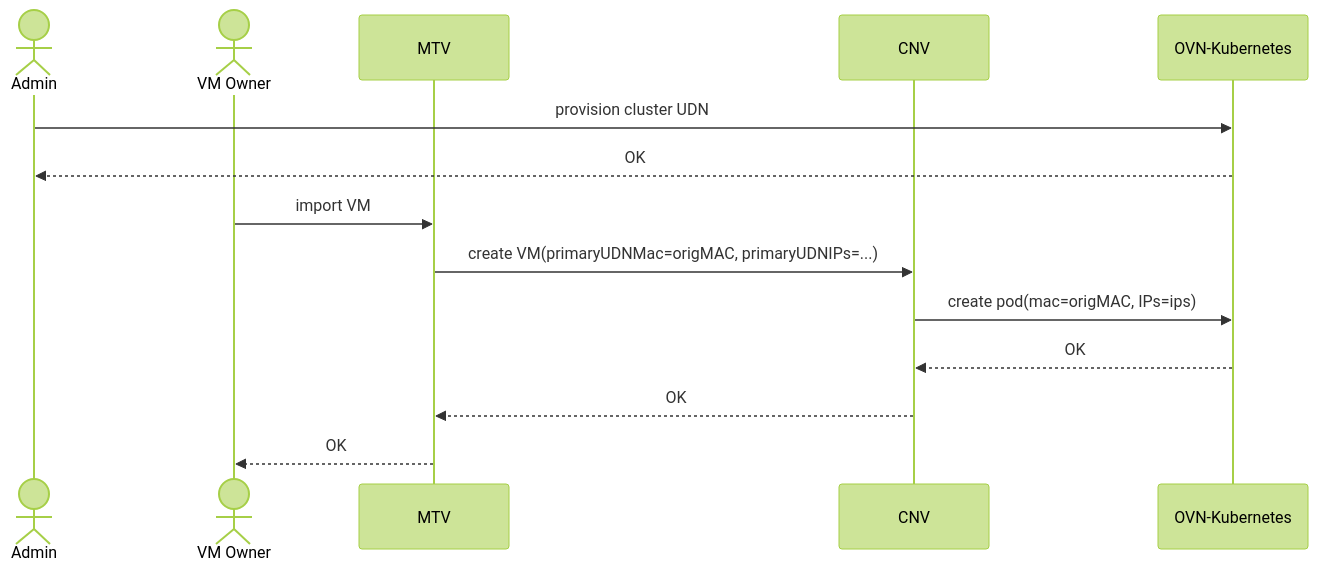
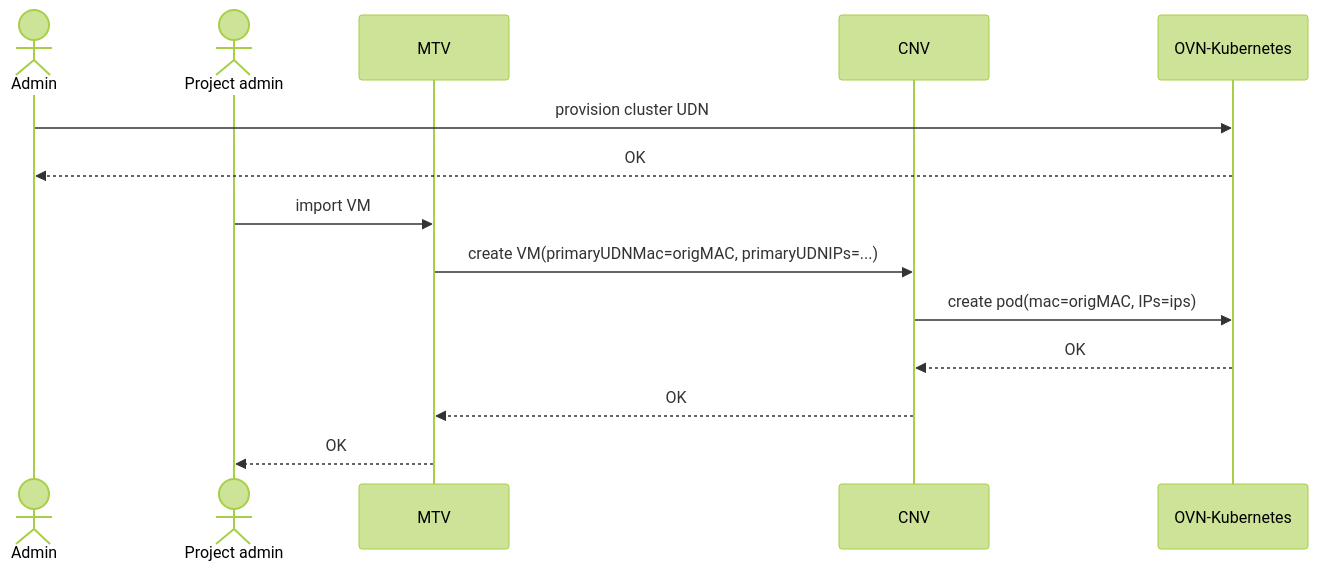
The first of 3 diagrams in enhancements/network/routed-ingress-support-for-primary-udn-attached-vms-with-static-ips.md (openshift/enhancements), drawn with Mermaid (forest theme) before and after one commit. The commit also changed other lines of this file, not shown here.

````diff
--- a/enhancements/network/routed-ingress-support-for-primary-udn-attached-vms-with-static-ips.md
+++ b/enhancements/network/routed-ingress-support-for-primary-udn-attached-vms-with-static-ips.md
@@ -271,19 +284,19 @@
 ```mermaid
 sequenceDiagram
   actor Admin
-  actor VM Owner
+  actor Project admin
 
   participant MTV
   participant CNV
   participant o as OVN-Kubernetes
 
   Admin ->> o: provision cluster UDN
   o -->> Admin: OK
 
-  VM Owner ->> MTV: import VM
+  Project admin ->> MTV: import VM
   MTV ->> CNV: create VM(primaryUDNMac=origMAC, primaryUDNIPs=...)
   CNV ->> o: create pod(mac=origMAC, IPs=ips)
   o -->> CNV: OK
   CNV -->> MTV: OK
-  MTV -->> VM Owner: OK
+  MTV -->> Project admin: OK
 ```
````
